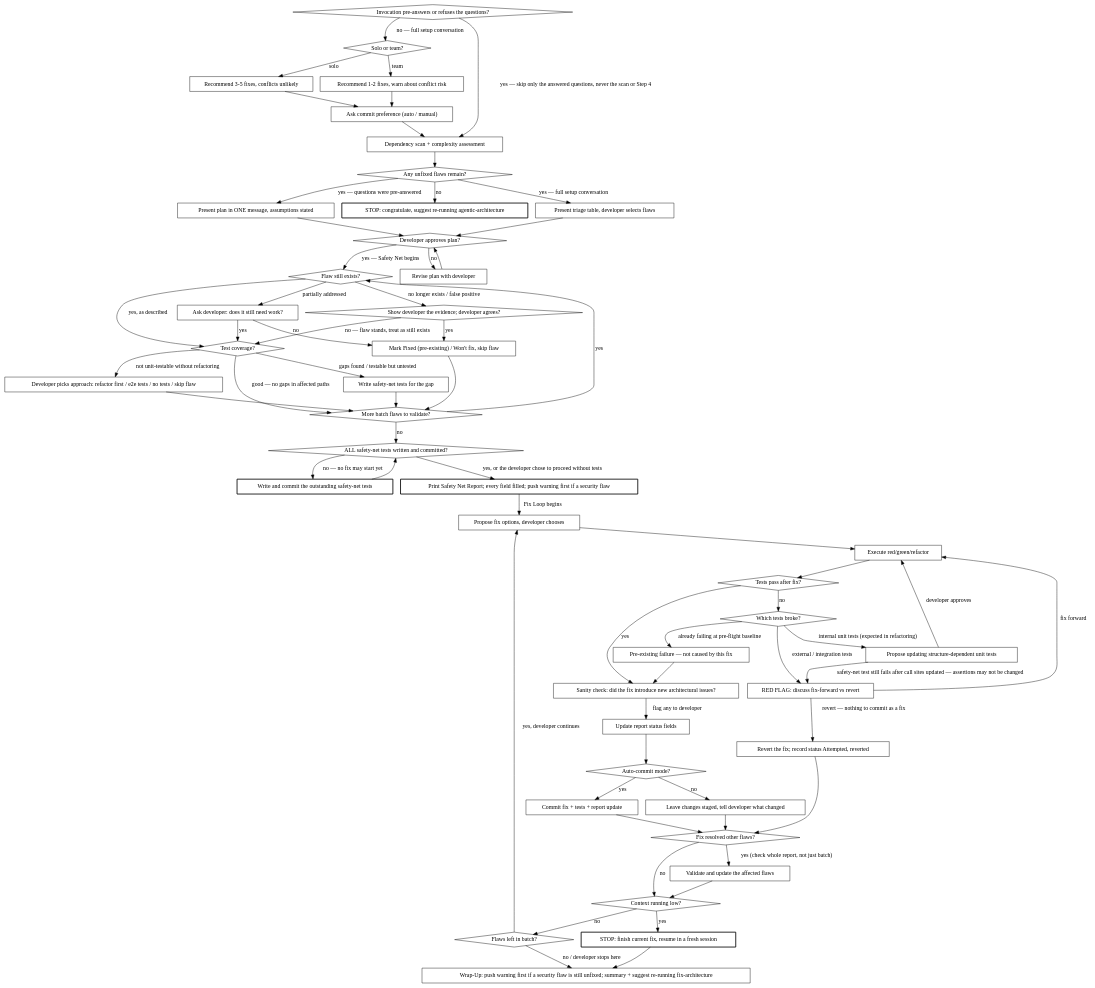
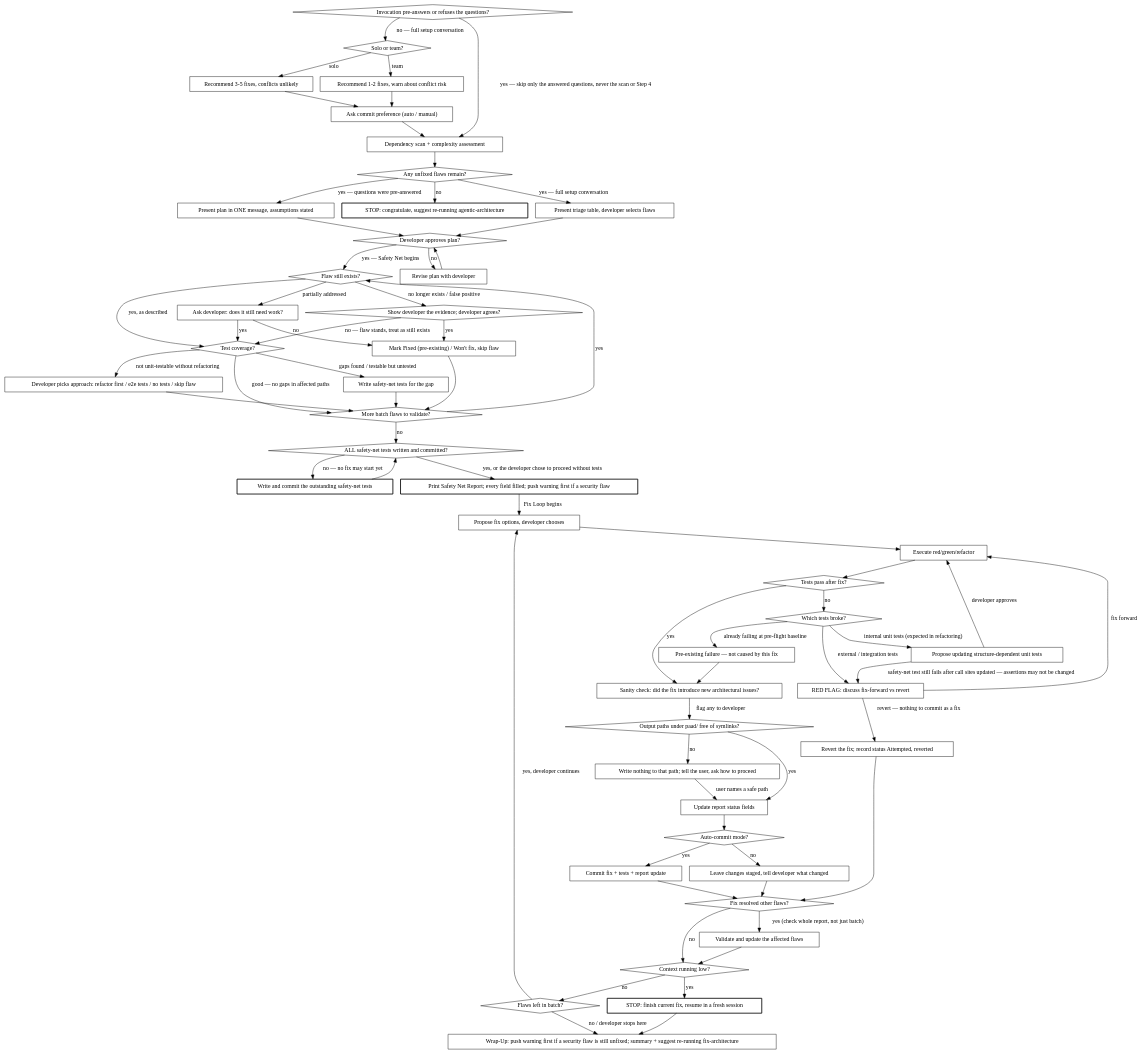
The second of 2 diagrams in preview/paad/skills/fix-architecture/SKILL.md (Ovid/paad), drawn with Graphviz before and after one commit. The commit also changed other lines of this file and 12 other files, not shown here.

````diff
--- a/preview/paad/skills/fix-architecture/SKILL.md
+++ b/preview/paad/skills/fix-architecture/SKILL.md
@@ -109,6 +111,8 @@
   "Propose updating structure-dependent unit tests" [shape=box];
   "RED FLAG: discuss fix-forward vs revert" [shape=box];
   "Sanity check: did the fix introduce new architectural issues?" [shape=box];
+  "Output paths under paad/ free of symlinks?" [shape=diamond];
+  "Write nothing to that path; tell the user, ask how to proceed" [shape=box];
   "Update report status fields" [shape=box];
   "Commit fix + tests + report update" [shape=box];
   "Leave changes staged, tell developer what changed" [shape=box];
@@ -169,7 +173,7 @@
   "RED FLAG: discuss fix-forward vs revert" -> "Revert the fix; record status Attempted, reverted" [label="revert — nothing to commit as a fix"];
   "Revert the fix; record status Attempted, reverted" -> "Fix resolved other flaws?";
 
-  "Sanity check: did the fix introduce new architectural issues?" -> "Update report status fields" [label="flag any to developer"];
+  "Sanity check: did the fix introduce new architectural issues?" -> "Output paths under paad/ free of symlinks?" [label="flag any to developer"];
   "Update report status fields" -> "Auto-commit mode?";
   "Auto-commit mode?" -> "Commit fix + tests + report update" [label="yes"];
   "Auto-commit mode?" -> "Leave changes staged, tell developer what changed" [label="no"];
@@ -184,5 +188,8 @@
   "Flaws left in batch?" -> "Propose fix options, developer chooses" [label="yes, developer continues"];
   "Flaws left in batch?" -> "Wrap-Up: push warning first if a security flaw is still unfixed; summary + suggest re-running fix-architecture" [label="no / developer stops here"];
   "STOP: finish current fix, resume in a fresh session" -> "Wrap-Up: push warning first if a security flaw is still unfixed; summary + suggest re-running fix-architecture";
+  "Output paths under paad/ free of symlinks?" -> "Update report status fields" [label="yes"];
+  "Output paths under paad/ free of symlinks?" -> "Write nothing to that path; tell the user, ask how to proceed" [label="no"];
+  "Write nothing to that path; tell the user, ask how to proceed" -> "Update report status fields" [label="user names a safe path"];
 }
 ```
````
